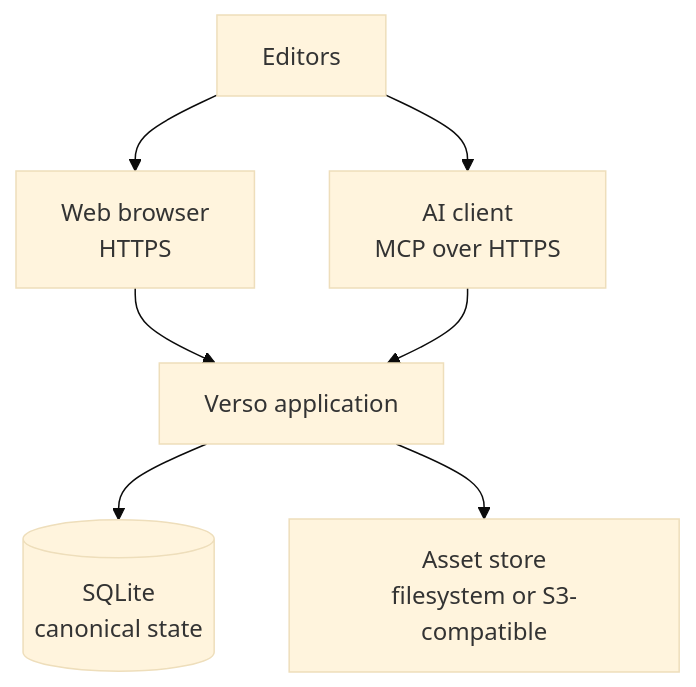
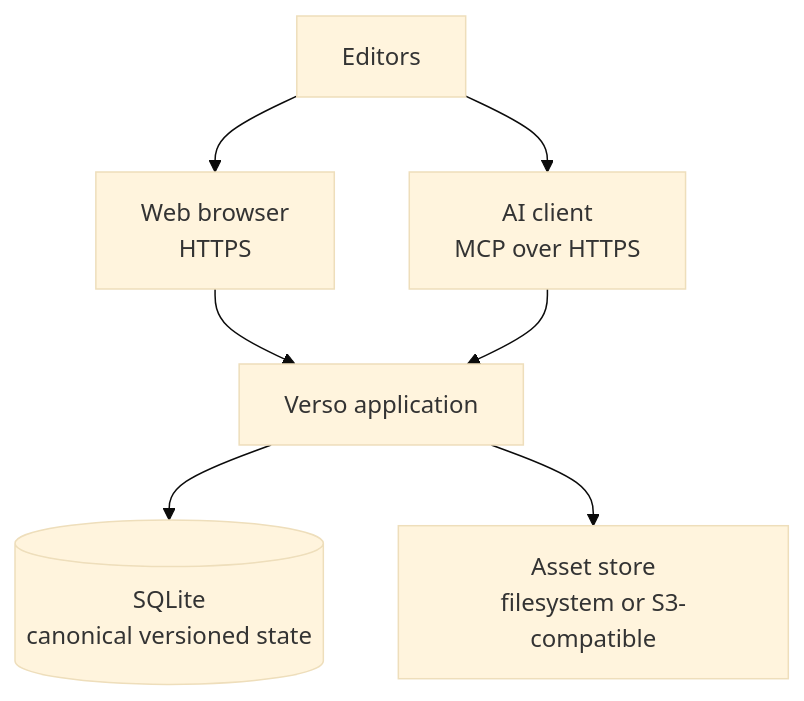
Before and after one commit to Natoandro/verso: the first of 7 diagrams in docs/design/system.md, drawn with Mermaid (base theme). The commit also changed other lines of this file and 7 other files, not shown here.

````diff
--- a/docs/design/system.md
+++ b/docs/design/system.md
@@ -13,9 +13,9 @@
 ```mermaid
 flowchart TB
     editors["Editors"] --> browser["Web browser<br/>HTTPS"]
     editors --> ai["AI client<br/>MCP over HTTPS"]
     browser --> verso["Verso application"]
     ai --> verso
-    verso --> sqlite[("SQLite<br/>canonical state")]
+    verso --> sqlite[("SQLite<br/>canonical versioned state")]
     verso --> assets["Asset store<br/>filesystem or S3-compatible"]
 ```
````
